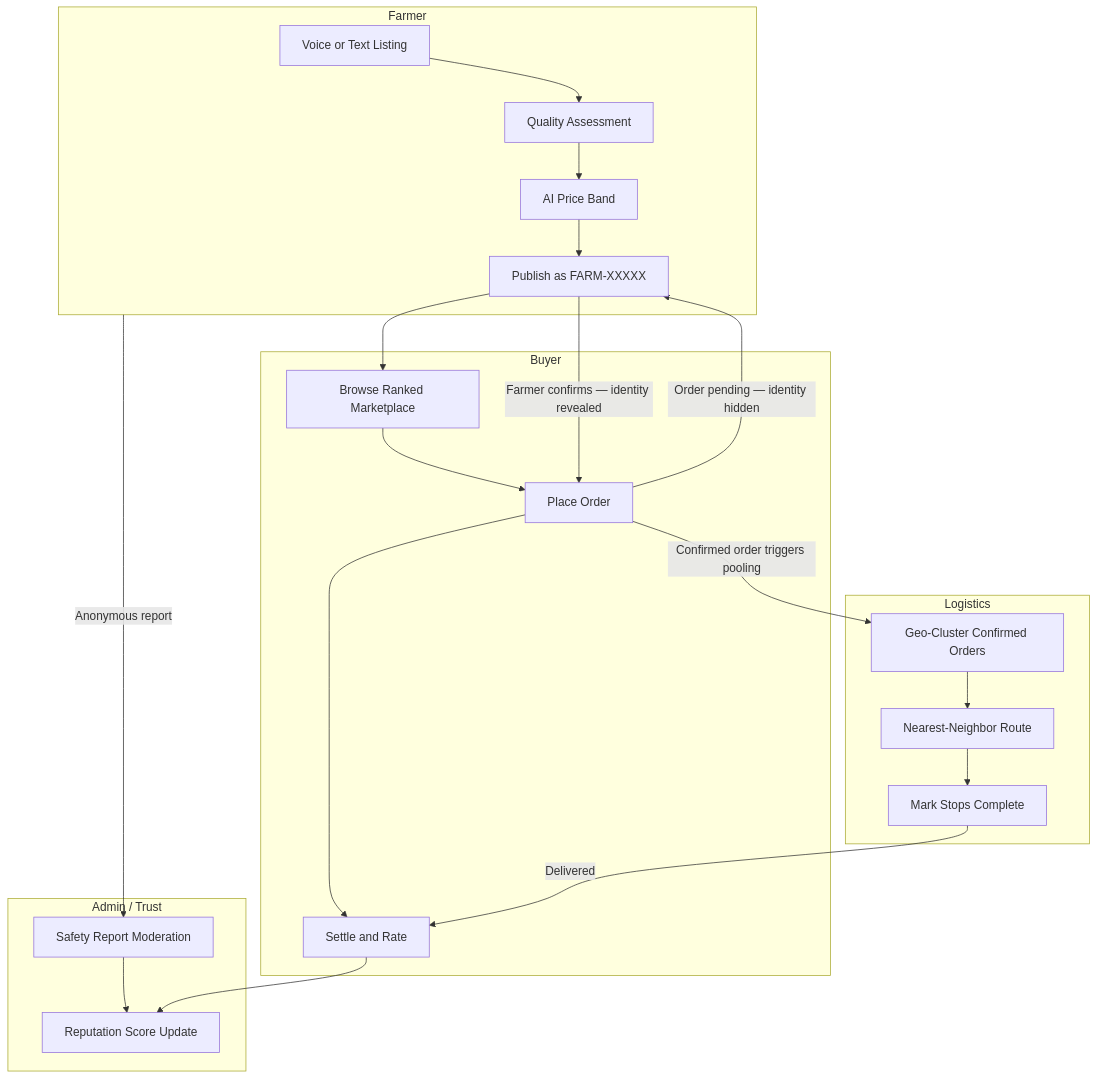
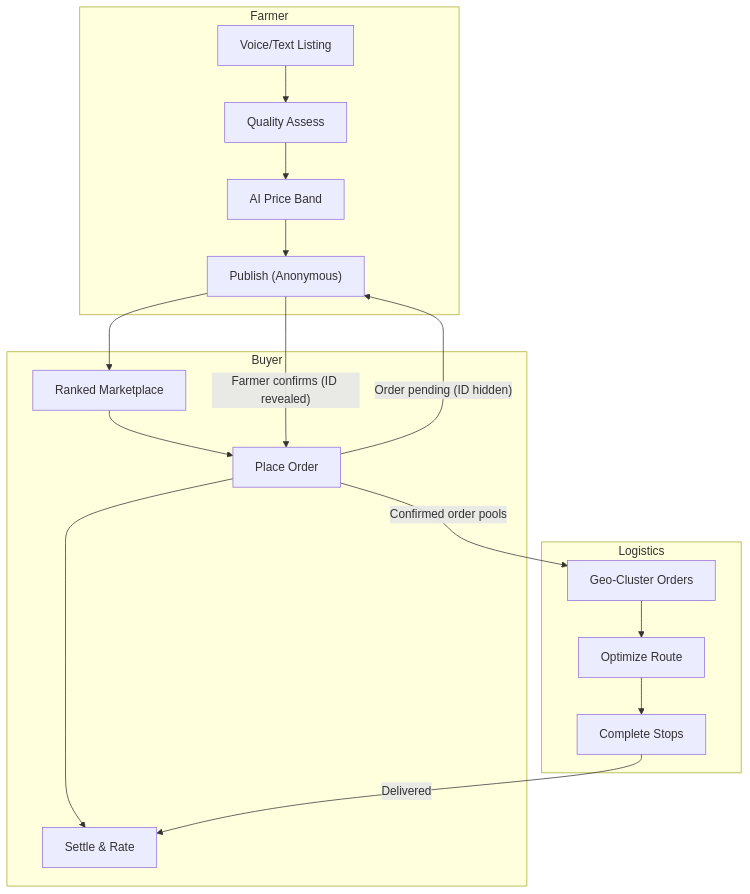
The first of 4 diagrams in README.md (cressica18/SIH2026_MVP), drawn with Mermaid before and after one commit. The commit also changed other lines of this file, not shown here.

````diff
--- a/README.md
+++ b/README.md
@@ -167,30 +40,17 @@
 ```mermaid
 flowchart TD
     subgraph F ["Farmer"]
-        F1["Voice or Text Listing"] --> F2["Quality Assessment"]
-        F2 --> F3["AI Price Band"]
-        F3 --> F4["Publish as FARM-XXXXX"]
+        F1["Voice/Text Listing"] --> F2["Quality Assess"] --> F3["AI Price Band"] --> F4["Publish (Anonymous)"]
     end
-
     subgraph B ["Buyer"]
-        B1["Browse Ranked Marketplace"] --> B2["Place Order"]
-        B2 --> B3["Settle and Rate"]
+        B1["Ranked Marketplace"] --> B2["Place Order"] --> B3["Settle & Rate"]
     end
-
     subgraph L ["Logistics"]
-        L1["Geo-Cluster Confirmed Orders"] --> L2["Nearest-Neighbor Route"]
-        L2 --> L3["Mark Stops Complete"]
+        L1["Geo-Cluster Orders"] --> L2["Optimize Route"] --> L3["Complete Stops"]
     end
-
-    subgraph A ["Admin / Trust"]
-        A1["Safety Report Moderation"] --> A2["Reputation Score Update"]
-    end
-
     F4 --> B1
-    B2 --> |"Order pending — identity hidden"| F4
-    F4 --> |"Farmer confirms — identity revealed"| B2
-    B2 --> |"Confirmed order triggers pooling"| L1
+    B2 --> |"Order pending (ID hidden)"| F4
+    F4 --> |"Farmer confirms (ID revealed)"| B2
+    B2 --> |"Confirmed order pools"| L1
     L3 --> |"Delivered"| B3
-    B3 --> A2
-    F --> |"Anonymous report"| A1
 ```
````
